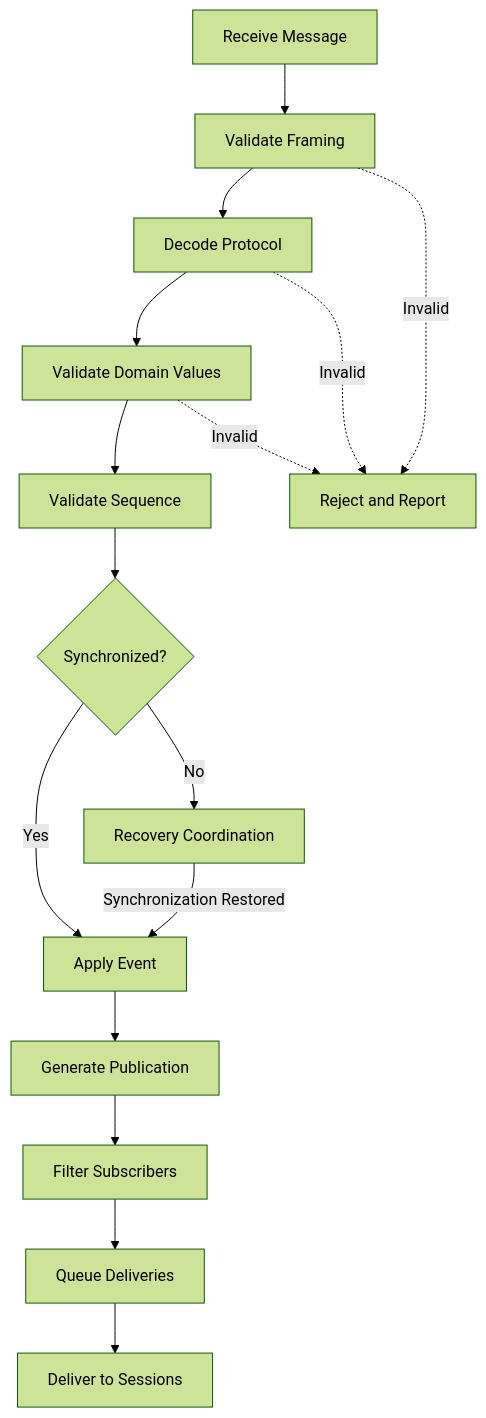
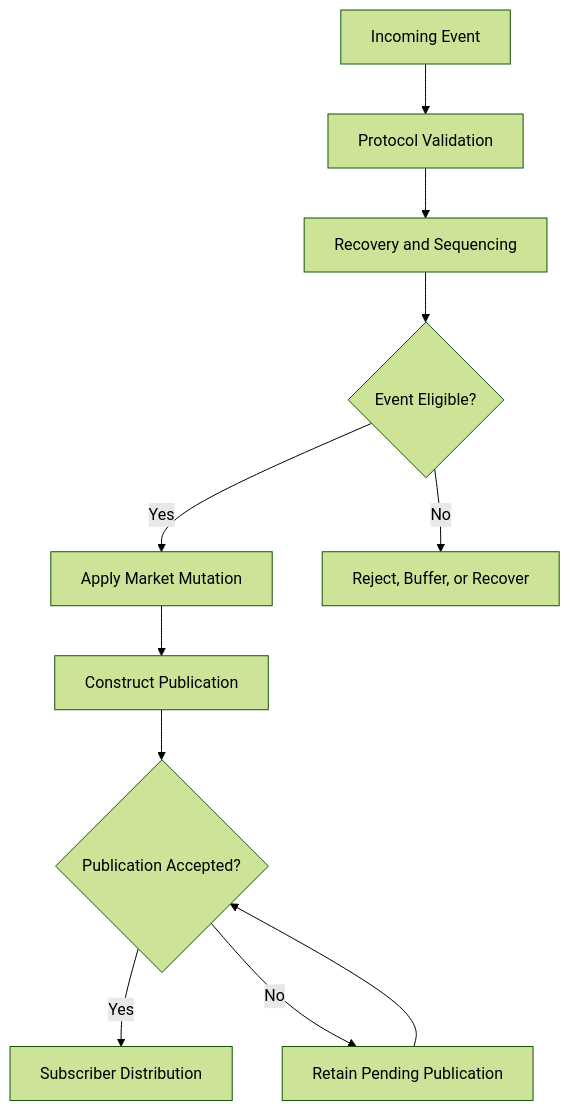
Before and after one commit to tembolo1284/maxwell: the third of 13 diagrams in docs/architecture.md, drawn with Mermaid (forest theme). The commit also changed other lines of this file and 10 other files, not shown here.

````diff
--- a/docs/architecture.md
+++ b/docs/architecture.md
@@ -187,35 +197,22 @@
 ```mermaid
 flowchart TD
-    A["Receive Message"]
-    B["Validate Framing"]
-    C["Decode Protocol"]
-    D["Validate Domain Values"]
-    E["Validate Sequence"]
-    F{"Synchronized?"}
-    G["Apply Event"]
-    H["Generate Publication"]
-    I["Filter Subscribers"]
-    J["Queue Deliveries"]
-    K["Deliver to Sessions"]
-    R["Recovery Coordination"]
-    X["Reject and Report"]
+    INPUT["Incoming Event"]
+    DECODE["Protocol Validation"]
+    RECOVERY["Recovery and Sequencing"]
+    CHECK{"Event Eligible?"}
+    APPLY["Apply Market Mutation"]
+    PUB["Construct Publication"]
+    CAPACITY{"Publication Accepted?"}
+    PENDING["Retain Pending Publication"]
+    FANOUT["Subscriber Distribution"]
+    REJECT["Reject, Buffer, or Recover"]
 
-    A --> B
-    B --> C
-    C --> D
-    D --> E
-    E --> F
+    INPUT --> DECODE --> RECOVERY --> CHECK
+    CHECK -->|Yes| APPLY
+    CHECK -->|No| REJECT
 
-    B -. Invalid .-> X
-    C -. Invalid .-> X
-    D -. Invalid .-> X
-
-    F -->|Yes| G
-    F -->|No| R
-    R -->|Synchronization Restored| G
-
-    G --> H
-    H --> I
-    I --> J
-    J --> K
+    APPLY --> PUB --> CAPACITY
+    CAPACITY -->|Yes| FANOUT
+    CAPACITY -->|No| PENDING
+    PENDING --> CAPACITY
 ```
````
